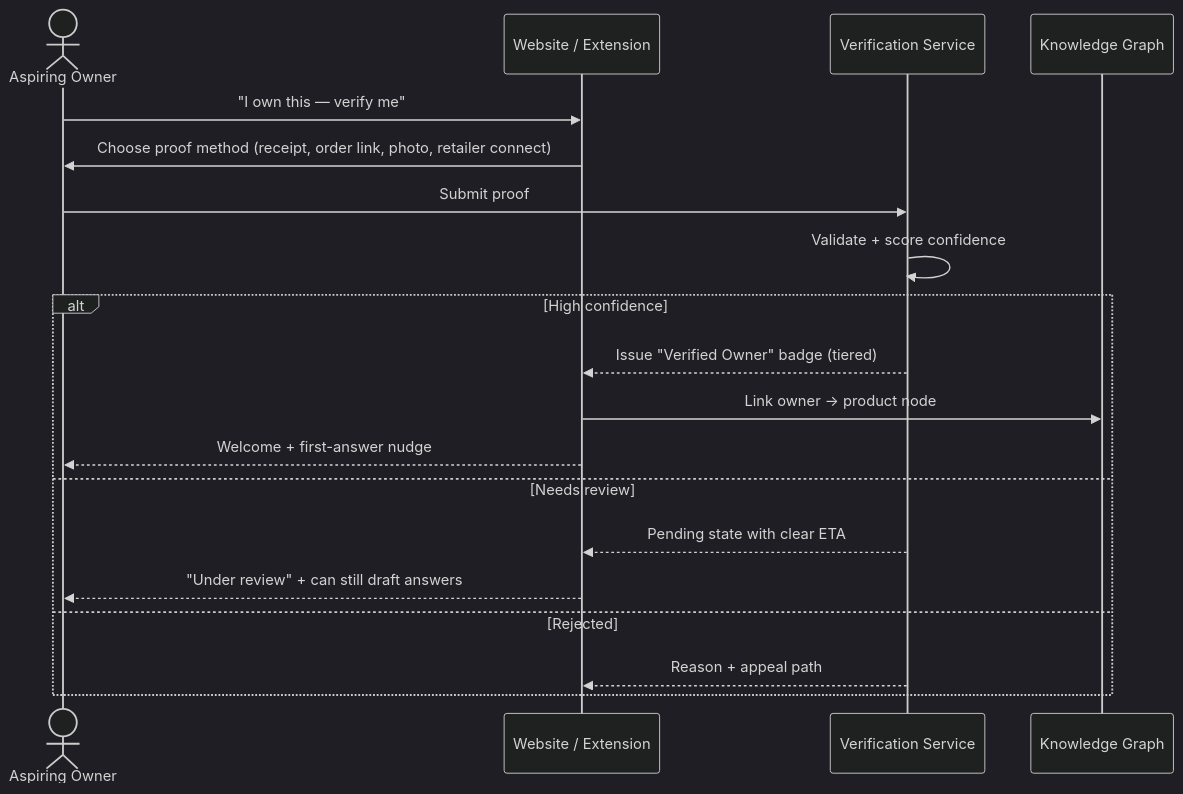
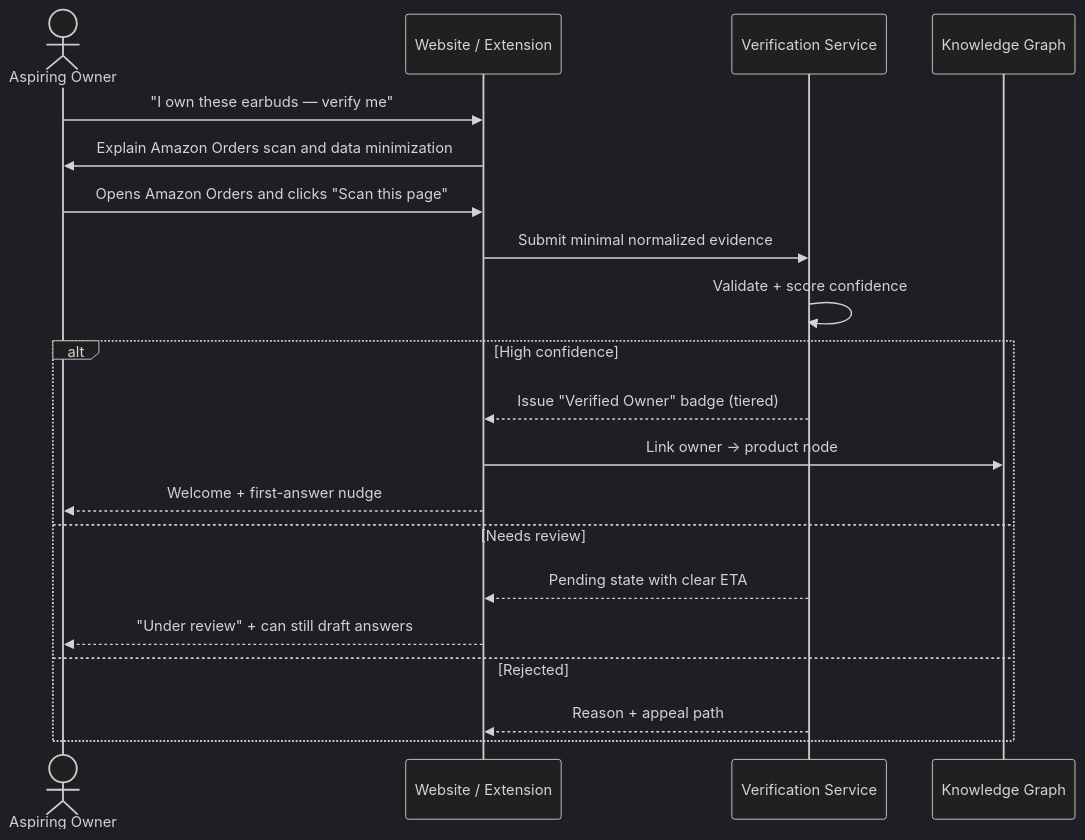
Before and after one commit to agorevski/Owners.app: diagram 11 of 15 in docs/01-user-persona-flows.md, drawn with Mermaid (dark theme). The commit also changed other lines of this file and 9 other files, not shown here.

````diff
--- a/docs/01-user-persona-flows.md
+++ b/docs/01-user-persona-flows.md
@@ -565,22 +566,23 @@
 ```mermaid
 sequenceDiagram
     actor Olivia as Aspiring Owner
     participant Web as Website / Extension
     participant Ver as Verification Service
     participant Graph as Knowledge Graph
 
-    Olivia->>Web: "I own this — verify me"
-    Web->>Olivia: Choose proof method (receipt, order link, photo, retailer connect)
-    Olivia->>Ver: Submit proof
+    Olivia->>Web: "I own these earbuds — verify me"
+    Web->>Olivia: Explain Amazon Orders scan and data minimization
+    Olivia->>Web: Opens Amazon Orders and clicks "Scan this page"
+    Web->>Ver: Submit minimal normalized evidence
     Ver->>Ver: Validate + score confidence
     alt High confidence
         Ver-->>Web: Issue "Verified Owner" badge (tiered)
         Web->>Graph: Link owner -> product node
         Web-->>Olivia: Welcome + first-answer nudge
     else Needs review
         Ver-->>Web: Pending state with clear ETA
         Web-->>Olivia: "Under review" + can still draft answers
     else Rejected
         Ver-->>Web: Reason + appeal path
     end
 ```
````
